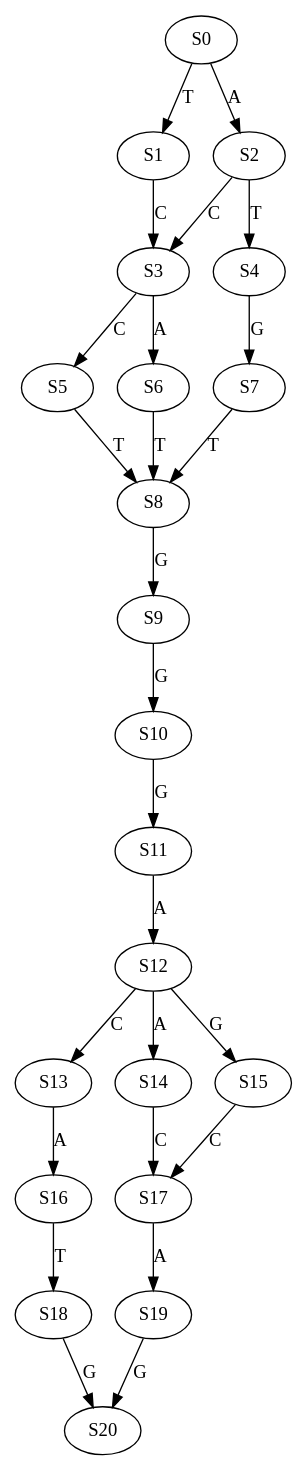
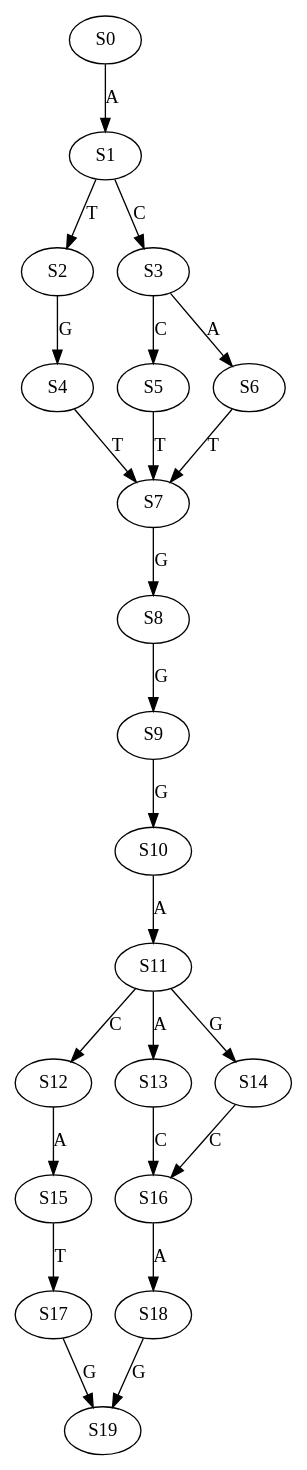
Before and after one commit to Kuanhao-Chao/Wheeler_Graph_Toolkit: the diagram in data/graph/GT_vs_WGT/RevDetG_DNA/Human_CEP57L1_orthologues_DNA_l_13_a_4.dot, drawn with Graphviz. The commit also changed 11978 other files, not shown here.

Commit message:
Update data/graph/

```diff
--- a/data/graph/GT_vs_WGT/RevDetG_DNA/Human_CEP57L1_orthologues_DNA_l_13_a_4.dot
+++ b/data/graph/GT_vs_WGT/RevDetG_DNA/Human_CEP57L1_orthologues_DNA_l_13_a_4.dot
@@ -1,27 +1,25 @@
 strict digraph  {
-	S0 -> S1 [ label = T ];
-	S0 -> S2 [ label = A ];
+	S0 -> S1 [ label = A ];
+	S1 -> S2 [ label = T ];
 	S1 -> S3 [ label = C ];
-	S2 -> S4 [ label = T ];
-	S2 -> S3 [ label = C ];
+	S2 -> S4 [ label = G ];
 	S3 -> S5 [ label = C ];
 	S3 -> S6 [ label = A ];
-	S4 -> S7 [ label = G ];
-	S5 -> S8 [ label = T ];
-	S6 -> S8 [ label = T ];
-	S7 -> S8 [ label = T ];
+	S4 -> S7 [ label = T ];
+	S5 -> S7 [ label = T ];
+	S6 -> S7 [ label = T ];
+	S7 -> S8 [ label = G ];
 	S8 -> S9 [ label = G ];
 	S9 -> S10 [ label = G ];
-	S10 -> S11 [ label = G ];
-	S11 -> S12 [ label = A ];
-	S12 -> S13 [ label = C ];
-	S12 -> S14 [ label = A ];
-	S12 -> S15 [ label = G ];
-	S13 -> S16 [ label = A ];
-	S14 -> S17 [ label = C ];
-	S15 -> S17 [ label = C ];
-	S16 -> S18 [ label = T ];
-	S17 -> S19 [ label = A ];
-	S18 -> S20 [ label = G ];
-	S19 -> S20 [ label = G ];
+	S10 -> S11 [ label = A ];
+	S11 -> S12 [ label = C ];
+	S11 -> S13 [ label = A ];
+	S11 -> S14 [ label = G ];
+	S12 -> S15 [ label = A ];
+	S13 -> S16 [ label = C ];
+	S14 -> S16 [ label = C ];
+	S15 -> S17 [ label = T ];
+	S16 -> S18 [ label = A ];
+	S17 -> S19 [ label = G ];
+	S18 -> S19 [ label = G ];
 }
```
